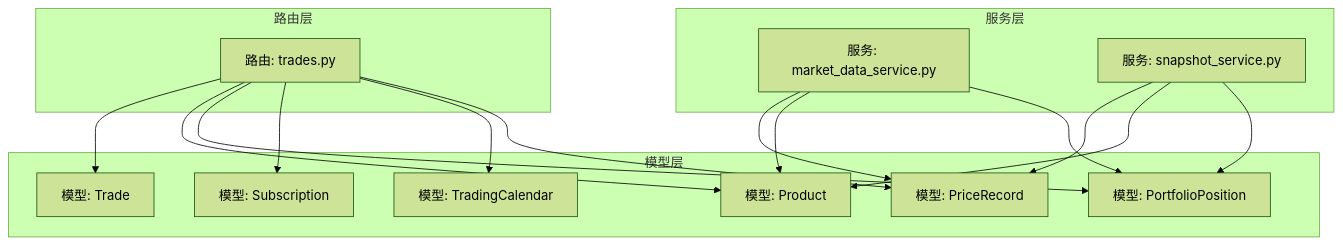
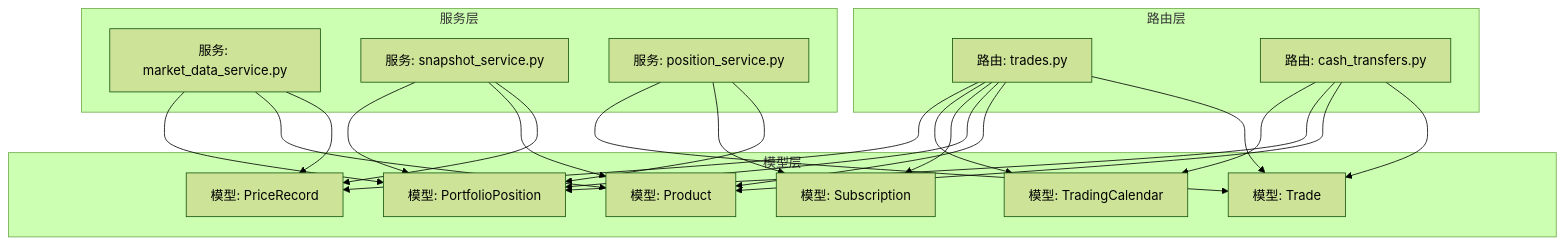
Before and after one commit to gujialind/InvestRing: the first of 11 diagrams in .qoder/repowiki/zh/content/核心业务功能/交易处理.md, drawn with Mermaid (forest theme). The commit also changed other lines of this file and 42 other files, not shown here.

````diff
--- a/.qoder/repowiki/zh/content/核心业务功能/交易处理.md
+++ b/.qoder/repowiki/zh/content/核心业务功能/交易处理.md
@@ -50,30 +57,39 @@
 ```mermaid
 graph TB
 subgraph "路由层"
 RTrades["路由: trades.py"]
+RCashTransfers["路由: cash_transfers.py"]
 end
 subgraph "模型层"
 MTrade["模型: Trade"]
 MProduct["模型: Product"]
 MPos["模型: PortfolioPosition"]
 MSub["模型: Subscription"]
 MCal["模型: TradingCalendar"]
 MPrice["模型: PriceRecord"]
 end
 subgraph "服务层"
 SMarket["服务: market_data_service.py"]
 SSnapshot["服务: snapshot_service.py"]
+SPos["服务: position_service.py"]
 end
 RTrades --> MTrade
 RTrades --> MProduct
 RTrades --> MPos
 RTrades --> MSub
 RTrades --> MCal
 RTrades --> MPrice
+RCashTransfers --> MTrade
+RCashTransfers --> MProduct
+RCashTransfers --> MPos
+RCashTransfers --> MCal
 SMarket --> MPrice
 SMarket --> MProduct
 SMarket --> MPos
 SSnapshot --> MPrice
 SSnapshot --> MProduct
 SSnapshot --> MPos
+SPos --> MPos
+SPos --> MSub
+SPos --> MTrade
 ```
````
